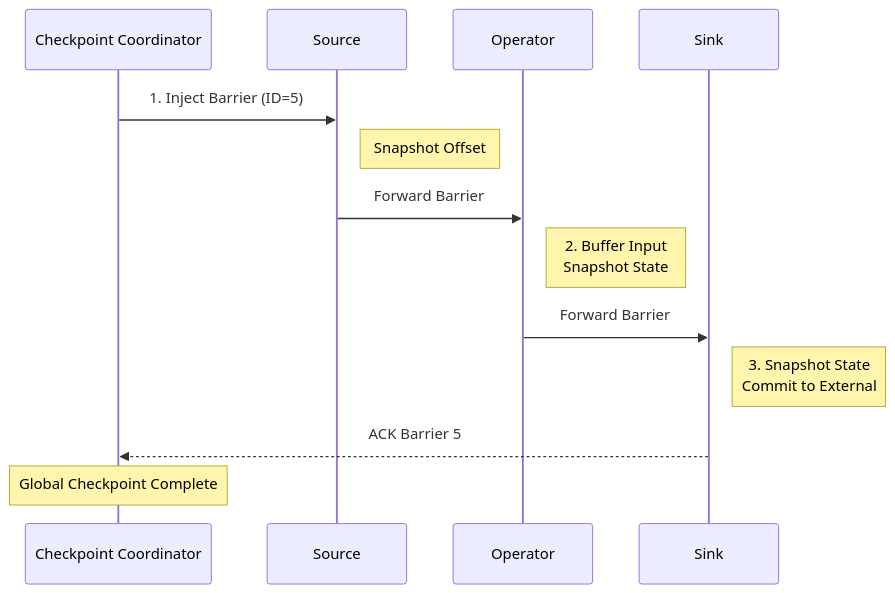
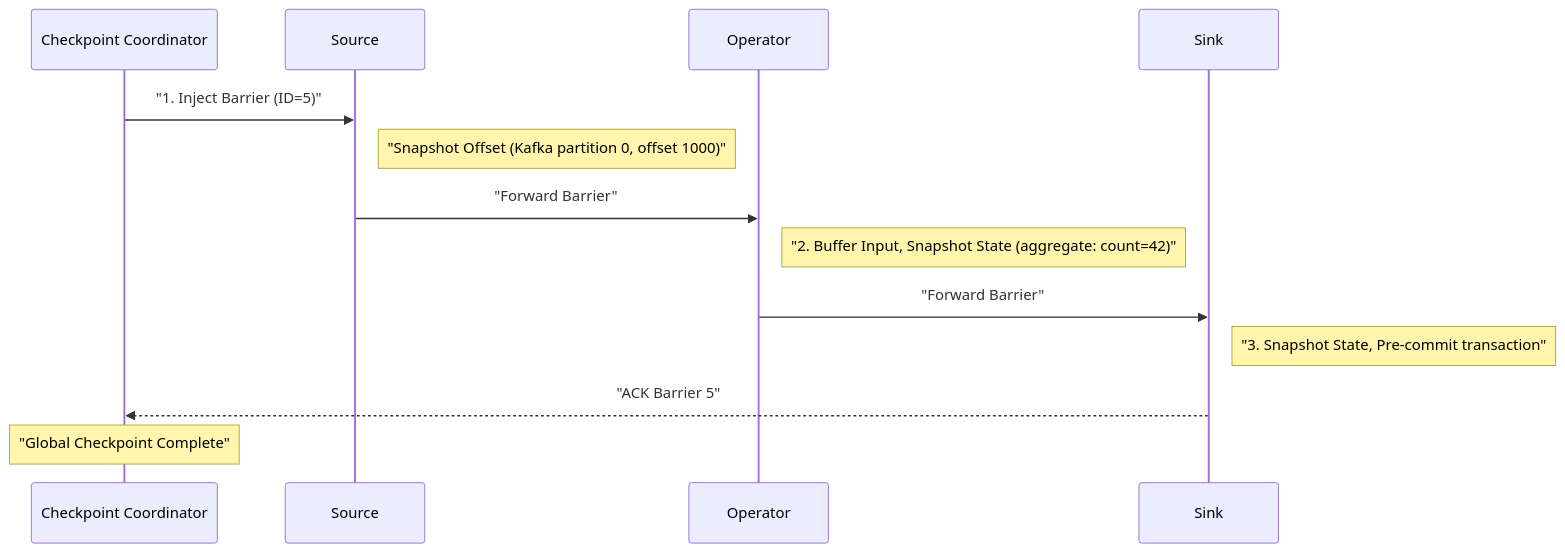
Before and after one commit to Anmol33/SystemDesign: the third of 5 diagrams in Stream Processing/02_Apache_Flink.md, drawn with Mermaid. The commit also changed other lines of this file and 7 other files, not shown here.

````diff
--- a/Stream Processing/02_Apache_Flink.md
+++ b/Stream Processing/02_Apache_Flink.md
@@ -117,19 +259,19 @@
 ```mermaid
 sequenceDiagram
     participant Chk as Checkpoint Coordinator
     participant Src as Source
     participant Op as Operator
     participant Sink as Sink
     
-    Chk->>Src: 1. Inject Barrier (ID=5)
-    Note right of Src: Snapshot Offset
-    Src->>Op: Forward Barrier
+    Chk->>Src: "1. Inject Barrier (ID=5)"
+    Note right of Src: "Snapshot Offset (Kafka partition 0, offset 1000)"
+    Src->>Op: "Forward Barrier"
     
-    Note right of Op: 2. Buffer Input<br/>Snapshot State
-    Op->>Sink: Forward Barrier
+    Note right of Op: "2. Buffer Input, Snapshot State (aggregate: count=42)"
+    Op->>Sink: "Forward Barrier"
     
-    Note right of Sink: 3. Snapshot State<br/>Commit to External
-    Sink-->>Chk: ACK Barrier 5
+    Note right of Sink: "3. Snapshot State, Pre-commit transaction"
+    Sink-->>Chk: "ACK Barrier 5"
     
-    Note over Chk: Global Checkpoint Complete
+    Note over Chk: "Global Checkpoint Complete"
 ```
````
